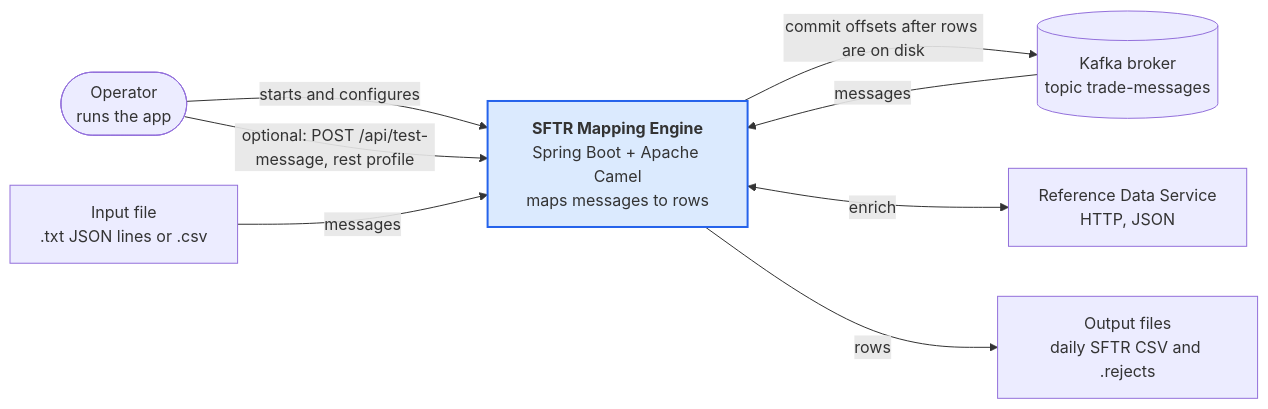
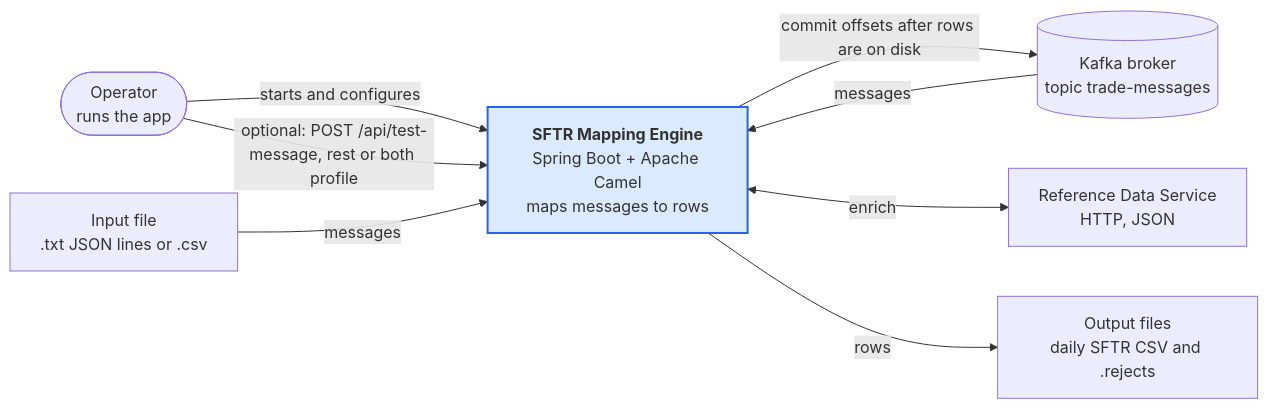
Before and after one commit to shanregs/msg-transformer: the first of 9 diagrams in docs/c4-architecture.md, drawn with Mermaid. The commit also changed other lines of this file and 13 other files, not shown here.

Commit message:
Run modes as profiles (kafka, rest, both), running-locally guide, Postman collection, reference-data stub

````diff
--- a/docs/c4-architecture.md
+++ b/docs/c4-architecture.md
@@ -9,12 +9,12 @@
 ```mermaid
 flowchart LR
     op(["Operator<br/>runs the app"]) -->|starts and configures| engine
-    op -->|optional: POST /api/test-message, rest profile| engine
+    op -->|optional: POST /api/test-message, rest or both profile| engine
     kafka[("Kafka broker<br/>topic trade-messages")] -->|messages| engine
     engine -->|commit offsets after rows are on disk| kafka
     file["Input file<br/>.txt JSON lines or .csv"] -->|messages| engine
     engine["<b>SFTR Mapping Engine</b><br/>Spring Boot + Apache Camel<br/>maps messages to rows"] <-->|enrich| ref["Reference Data Service<br/>HTTP, JSON"]
     engine -->|rows| out["Output files<br/>daily SFTR CSV and .rejects"]
 
     style engine fill:#dbeafe,stroke:#2563eb,stroke-width:2px
 ```
````
